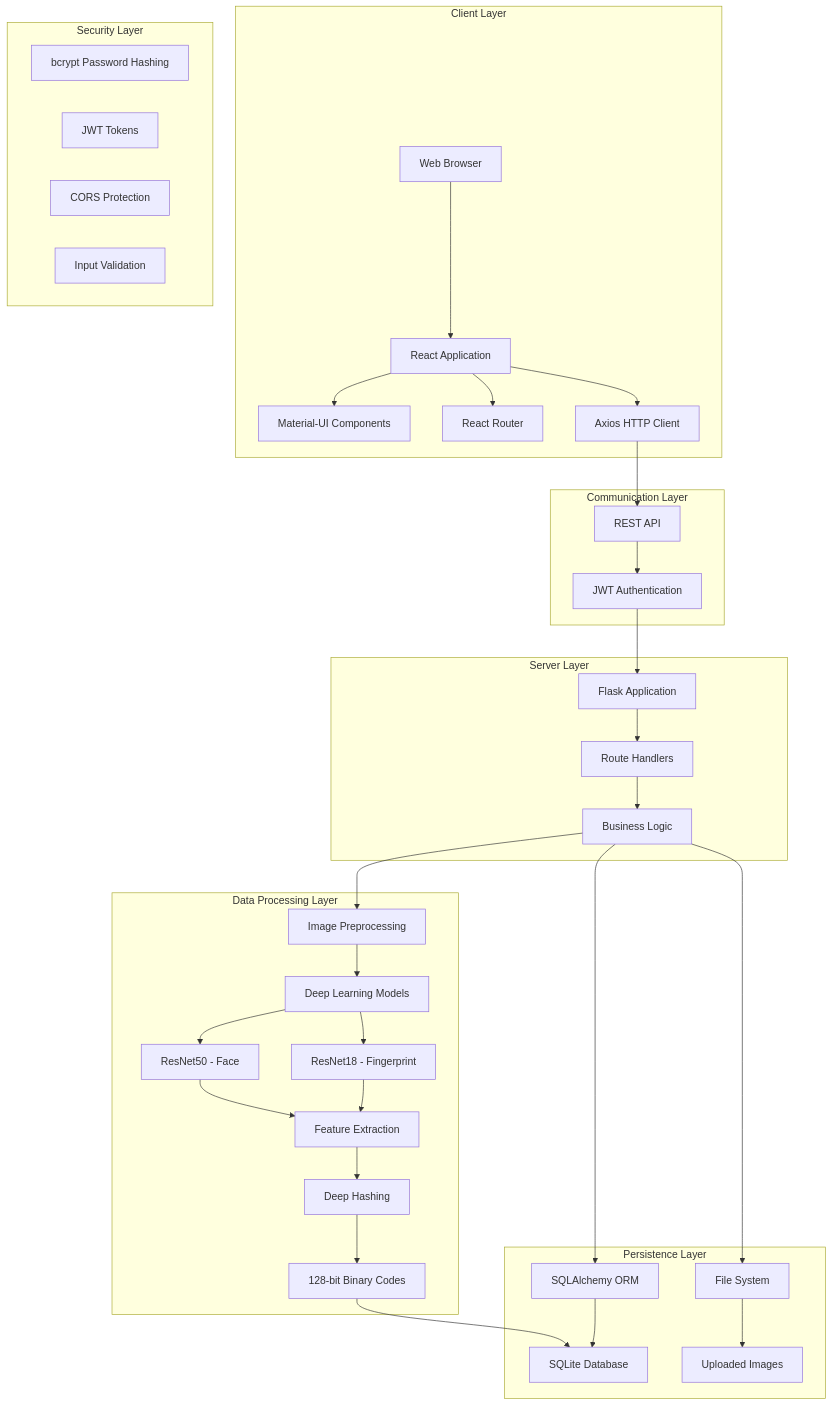
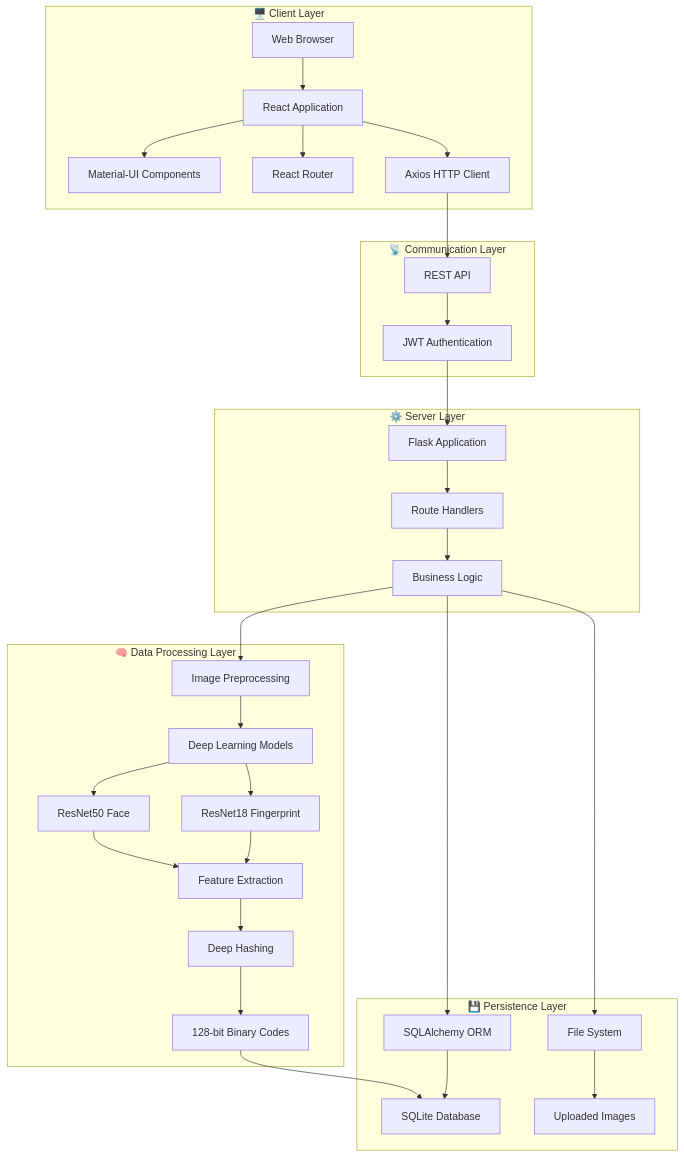
Before and after one commit to BTech20/biometric-auth-system: the first of 14 diagrams in ARCHITECTURE.md, drawn with Mermaid. The commit also changed other lines of this file, not shown here.

First line of the commit message:
Fix Mermaid diagram rendering issues for GitHub

````diff
--- a/ARCHITECTURE.md
+++ b/ARCHITECTURE.md
@@ -45,46 +45,56 @@
 ```mermaid
 graph TB
-    subgraph "Client Layer"
+    subgraph Client["🖥️ Client Layer"]
         A[Web Browser] --> B[React Application]
         B --> C[Material-UI Components]
         B --> D[React Router]
         B --> E[Axios HTTP Client]
     end
     
-    subgraph "Communication Layer"
-        E --> F[REST API]
-        F --> G[JWT Authentication]
+    subgraph Communication["📡 Communication Layer"]
+        F[REST API]
+        G[JWT Authentication]
     end
     
-    subgraph "Server Layer"
-        G --> H[Flask Application]
-        H --> I[Route Handlers]
-        I --> J[Business Logic]
+    subgraph Server["⚙️ Server Layer"]
+        H[Flask Application]
+        I[Route Handlers]
+        J[Business Logic]
     end
     
-    subgraph "Data Processing Layer"
-        J --> K[Image Preprocessing]
-        K --> L[Deep Learning Models]
-        L --> M[ResNet50 - Face]
-        L --> N[ResNet18 - Fingerprint]
-        M --> O[Feature Extraction]
-        N --> O
-        O --> P[Deep Hashing]
-        P --> Q[128-bit Binary Codes]
+    subgraph Processing["🧠 Data Processing Layer"]
+        K[Image Preprocessing]
+        L[Deep Learning Models]
+        M[ResNet50 Face]
+        N[ResNet18 Fingerprint]
+        O[Feature Extraction]
+        P[Deep Hashing]
+        Q[128-bit Binary Codes]
     end
     
-    subgraph "Persistence Layer"
-        J --> R[SQLAlchemy ORM]
-        R --> S[SQLite Database]
-        Q --> S
-        J --> T[File System]
-        T --> U[Uploaded Images]
+    subgraph Storage["💾 Persistence Layer"]
+        R[SQLAlchemy ORM]
+        S[SQLite Database]
+        T[File System]
+        U[Uploaded Images]
     end
     
-    subgraph "Security Layer"
-        V[bcrypt Password Hashing]
-        W[JWT Tokens]
-        X[CORS Protection]
-        Y[Input Validation]
-    end
+    E --> F
+    F --> G
+    G --> H
+    H --> I
+    I --> J
+    J --> K
+    K --> L
+    L --> M
+    L --> N
+    M --> O
+    N --> O
+    O --> P
+    P --> Q
+    J --> R
+    R --> S
+    Q --> S
+    J --> T
+    T --> U
 ```
````
